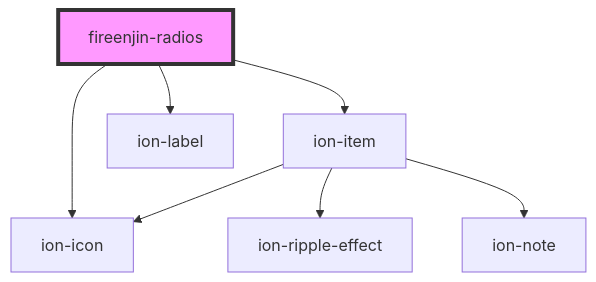
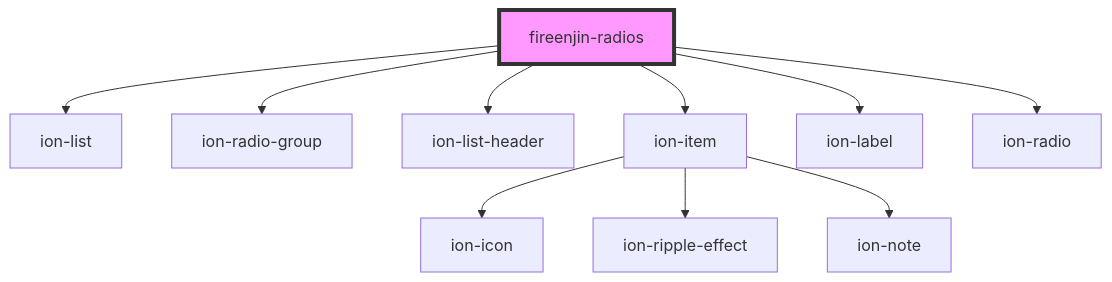
Before and after one commit to FireEnjin/Components: the diagram in src/components/radios/readme.md, drawn with Mermaid. The commit also changed other lines of this file and 7 other files, not shown here.

````diff
--- a/src/components/radios/readme.md
+++ b/src/components/radios/readme.md
@@ -36,10 +33,13 @@
 ```mermaid
 graph TD;
+  fireenjin-radios --> ion-list
+  fireenjin-radios --> ion-radio-group
+  fireenjin-radios --> ion-list-header
   fireenjin-radios --> ion-item
   fireenjin-radios --> ion-label
-  fireenjin-radios --> ion-icon
+  fireenjin-radios --> ion-radio
   ion-item --> ion-icon
   ion-item --> ion-ripple-effect
   ion-item --> ion-note
   style fireenjin-radios fill:#f9f,stroke:#333,stroke-width:4px
 ```
````
